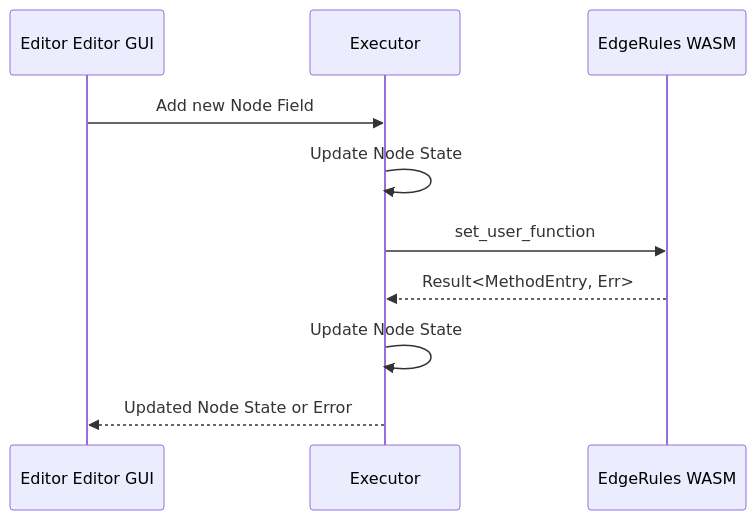
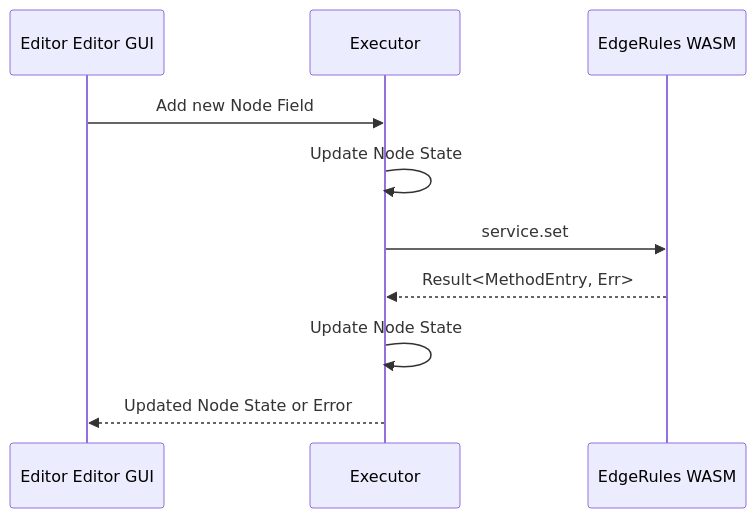
The first of 2 diagrams in doc/EDGE_RULES_API_STORY.md (rimvydasb/edgerules), drawn with Mermaid before and after one commit. The commit also changed other lines of this file and 26 other files, not shown here.

````diff
--- a/doc/EDGE_RULES_API_STORY.md
+++ b/doc/EDGE_RULES_API_STORY.md
@@ -606,12 +588,12 @@
 ```mermaid
 sequenceDiagram
     participant IDE as Editor Editor GUI
     participant RUN as Executor
     participant WASM as EdgeRules WASM
     IDE ->> RUN: Add new Node Field
     RUN ->> RUN: Update Node State
-    RUN ->> WASM: set_user_function
+    RUN ->> WASM: service.set
     WASM -->> RUN: Result<MethodEntry, Err>
     RUN ->> RUN: Update Node State
     RUN -->> IDE: Updated Node State or Error
 ```
````
